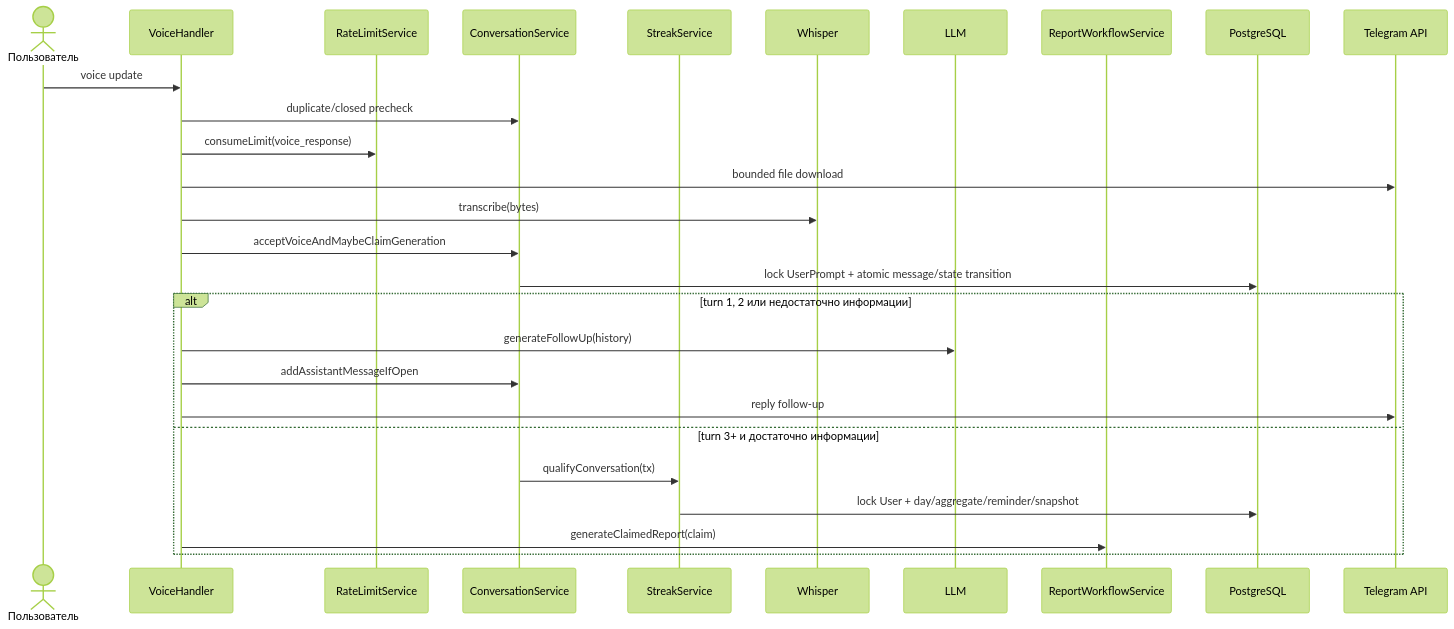
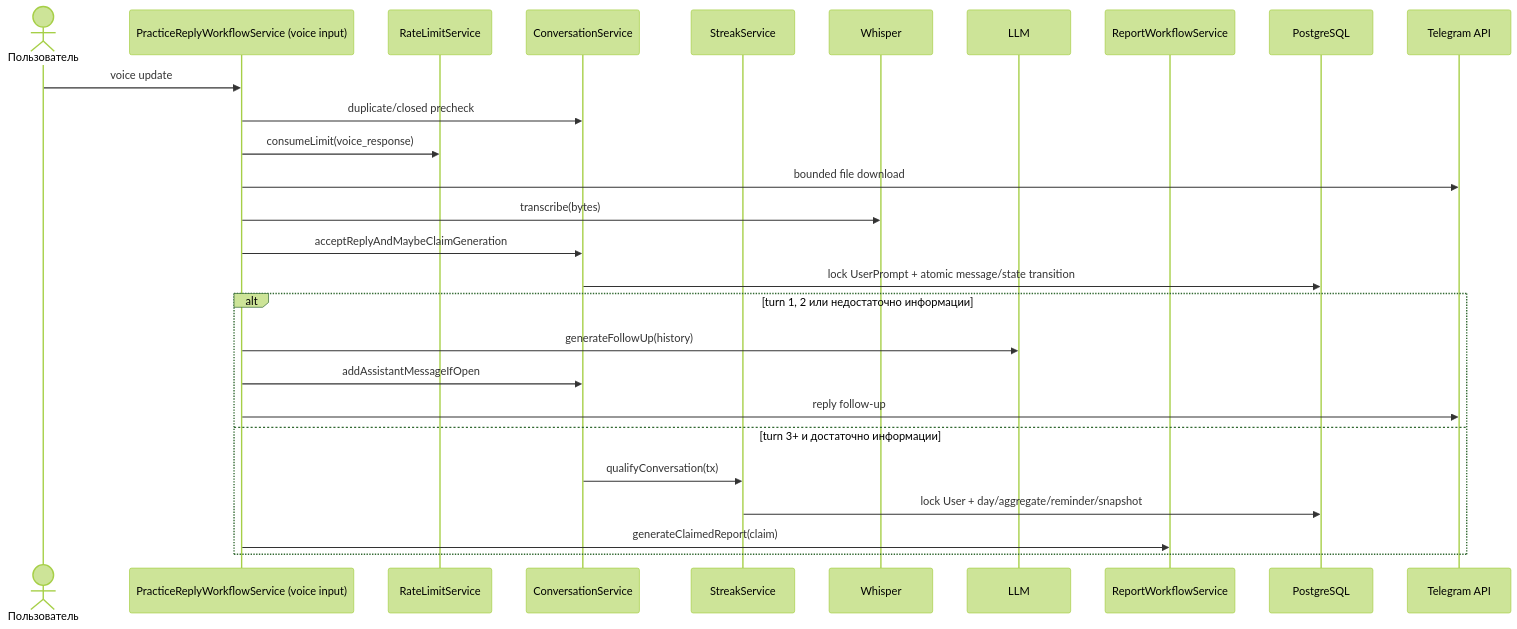
One commit to moredark/talking-bob changed the second of 2 diagrams in docs/architecture/03-telegram-conversation.md. Above: the diagram before and after it, drawn with Mermaid (forest theme). The commit also changed other lines of this file and 70 other files, not shown here.

Commit message:
feat: refactor voice handling and text processing workflow

````diff
--- a/docs/architecture/03-telegram-conversation.md
+++ b/docs/architecture/03-telegram-conversation.md
@@ -118,30 +121,30 @@
 ```mermaid
 sequenceDiagram
     actor U as Пользователь
-    participant V as VoiceHandler
+    participant V as PracticeReplyWorkflowService (voice input)
     participant Q as RateLimitService
     participant C as ConversationService
     participant S as StreakService
     participant W as Whisper
     participant L as LLM
     participant R as ReportWorkflowService
     participant DB as PostgreSQL
     participant TG as Telegram API
 
     U->>V: voice update
     V->>C: duplicate/closed precheck
     V->>Q: consumeLimit(voice_response)
     V->>TG: bounded file download
     V->>W: transcribe(bytes)
-    V->>C: acceptVoiceAndMaybeClaimGeneration
+    V->>C: acceptReplyAndMaybeClaimGeneration
     C->>DB: lock UserPrompt + atomic message/state transition
     alt turn 1, 2 или недостаточно информации
         V->>L: generateFollowUp(history)
         V->>C: addAssistantMessageIfOpen
         V->>TG: reply follow-up
     else turn 3+ и достаточно информации
         C->>S: qualifyConversation(tx)
         S->>DB: lock User + day/aggregate/reminder/snapshot
         V->>R: generateClaimedReport(claim)
     end
 ```
````
